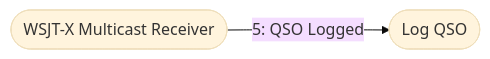
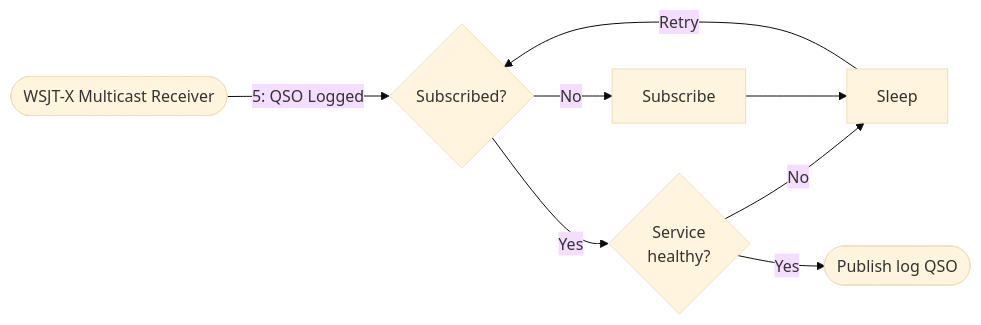
The seventh of 8 diagrams in doc/workflows.md (ckuhtz/ham), drawn with Mermaid (base theme) before and after one commit. The commit also changed other lines of this file, not shown here.

````diff
--- a/doc/workflows.md
+++ b/doc/workflows.md
@@ -231,5 +241,15 @@
 ```mermaid
 flowchart LR;
     WSJTXApp([WSJT-X Multicast Receiver]);
-    WSJTXApp -->|5: QSO Logged| LogRequest0([Log QSO]);
+    Subscribed0{Subscribed?};
+    LogRequest0([Publish log QSO]);
+    Health0{Service<br>healthy?};
+    WSJTXApp -->|5: QSO Logged| Subscribed0;
+    Subscribed0 -->|No| Subscribed1[Subscribe];
+    Subscribed0 -->|Yes| Health0;
+    Health0 -->|No| Sleep0;
+    Subscribed1 --> Sleep0[Sleep];
+    Sleep0 -->|Retry| Subscribed0;
+    Health0 -->|Yes| LogRequest0;
+    
 ```
````
